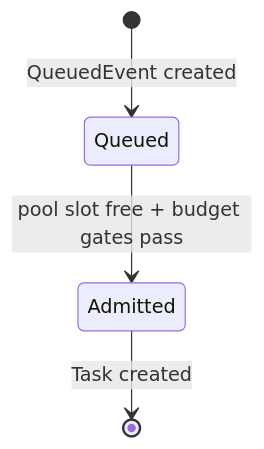
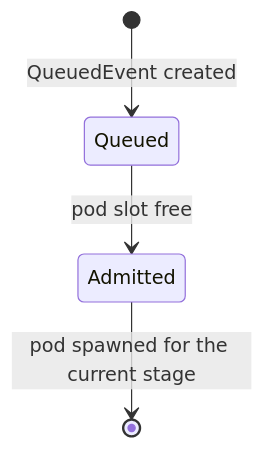
One commit to szymonrychu/tatara-documentation changed the diagram in docs/components/operator.md. Above: the diagram before and after it, drawn with Mermaid. The commit also changed other lines of this file and 63 other files, not shown here.

First line of the commit message:
feat!: document the task-centric architecture (Issue/MergeRequest CRs, stage machine, operator merge) (#19)

````diff
--- a/docs/components/operator.md
+++ b/docs/components/operator.md
@@ -60,6 +63,6 @@
 ```mermaid
 stateDiagram-v2
     [*] --> Queued: QueuedEvent created
-    Queued --> Admitted: pool slot free + budget gates pass
-    Admitted --> [*]: Task created
+    Queued --> Admitted: pod slot free
+    Admitted --> [*]: pod spawned for the current stage
 ```
````
